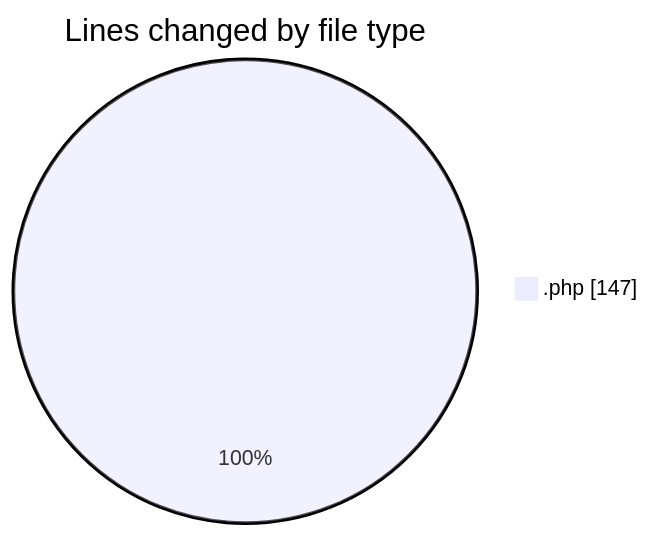
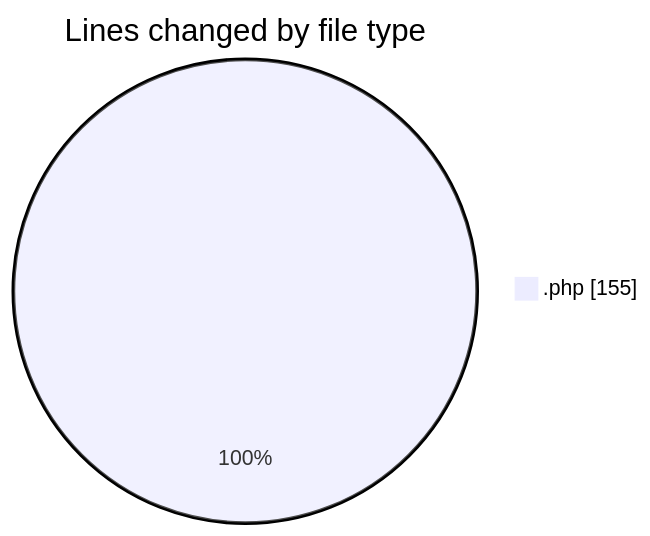
One commit to LanceThiago/code-tracking changed the first of 2 diagrams in 2025-01-24/web/README.md. Above: the diagram before and after it, drawn with Mermaid. The commit also changed other lines of this file and 1 other file, not shown here.

````diff
--- a/2025-01-24/web/README.md
+++ b/2025-01-24/web/README.md
@@ -20,5 +20,5 @@
 ```mermaid
 pie showData
 title Lines changed by file type
-".php" : 147
+".php" : 155
 ```
````
